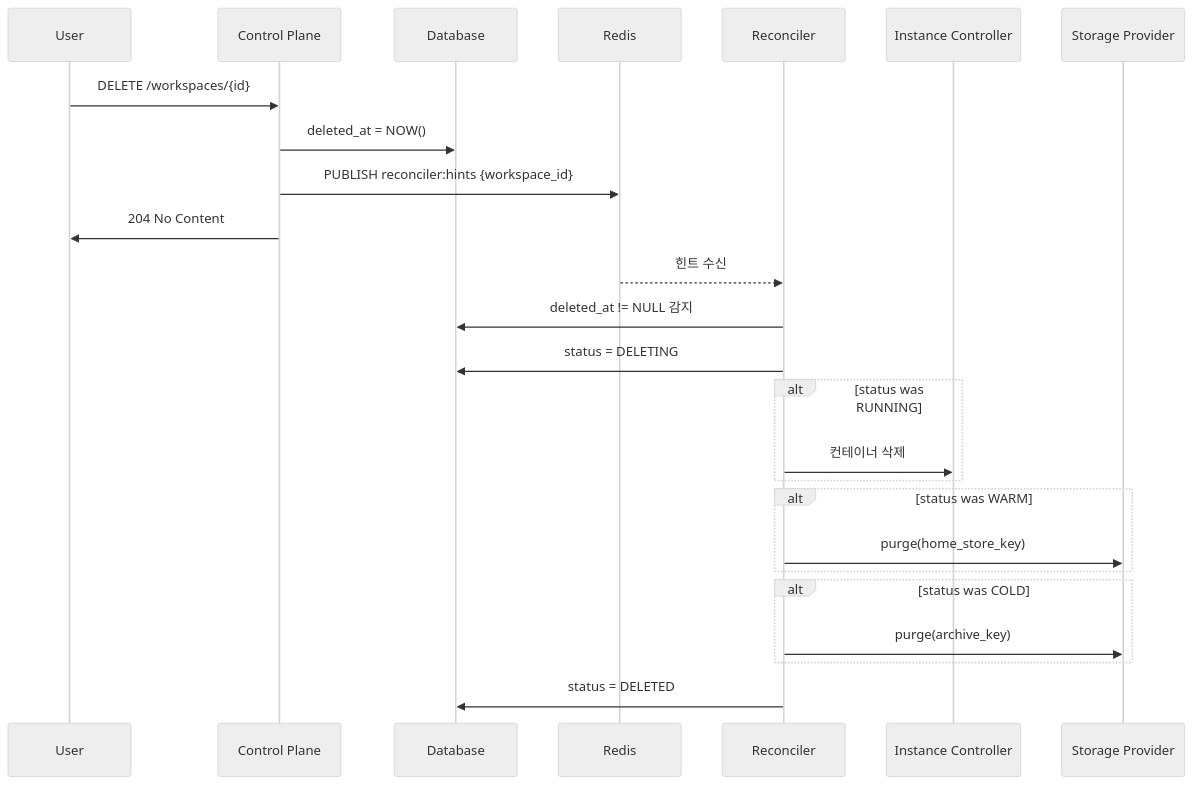
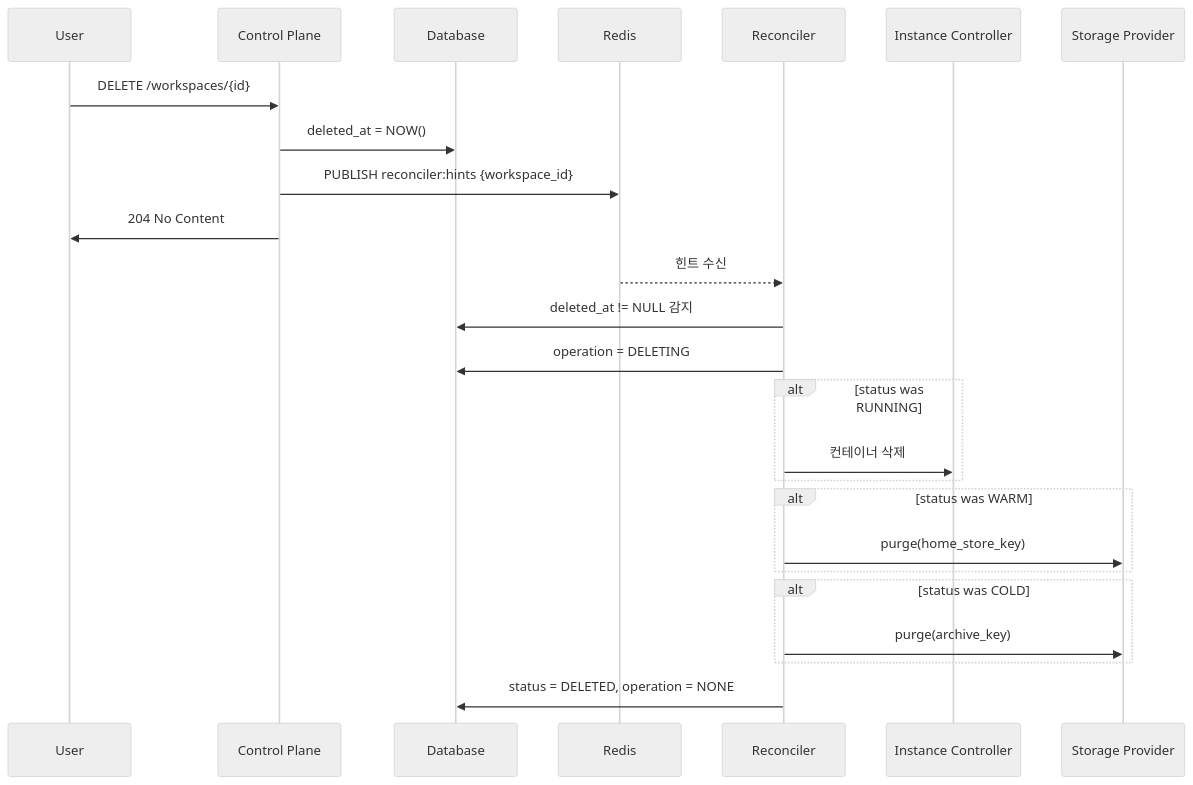
One commit to cagojeiger/code-hub changed the eighth of 10 diagrams in docs/spec_v2/flows.md. Above: the diagram before and after it, drawn with Mermaid (neutral theme). The commit also changed other lines of this file and 4 other files, not shown here.

First line of the commit message:
docs(adr): add ADR-009 for status + operation separation

````diff
--- a/docs/spec_v2/flows.md
+++ b/docs/spec_v2/flows.md
@@ -274,33 +275,33 @@
 ```mermaid
 sequenceDiagram
     participant U as User
     participant API as Control Plane
     participant DB as Database
     participant Redis as Redis
     participant R as Reconciler
     participant I as Instance Controller
     participant S as Storage Provider
 
     U->>API: DELETE /workspaces/{id}
     API->>DB: deleted_at = NOW()
     API->>Redis: PUBLISH reconciler:hints {workspace_id}
     API->>U: 204 No Content
 
     Redis-->>R: 힌트 수신
     R->>DB: deleted_at != NULL 감지
-    R->>DB: status = DELETING
+    R->>DB: operation = DELETING
 
     alt status was RUNNING
         R->>I: 컨테이너 삭제
     end
 
     alt status was WARM
         R->>S: purge(home_store_key)
     end
 
     alt status was COLD
         R->>S: purge(archive_key)
     end
 
-    R->>DB: status = DELETED
+    R->>DB: status = DELETED, operation = NONE
 ```
````
